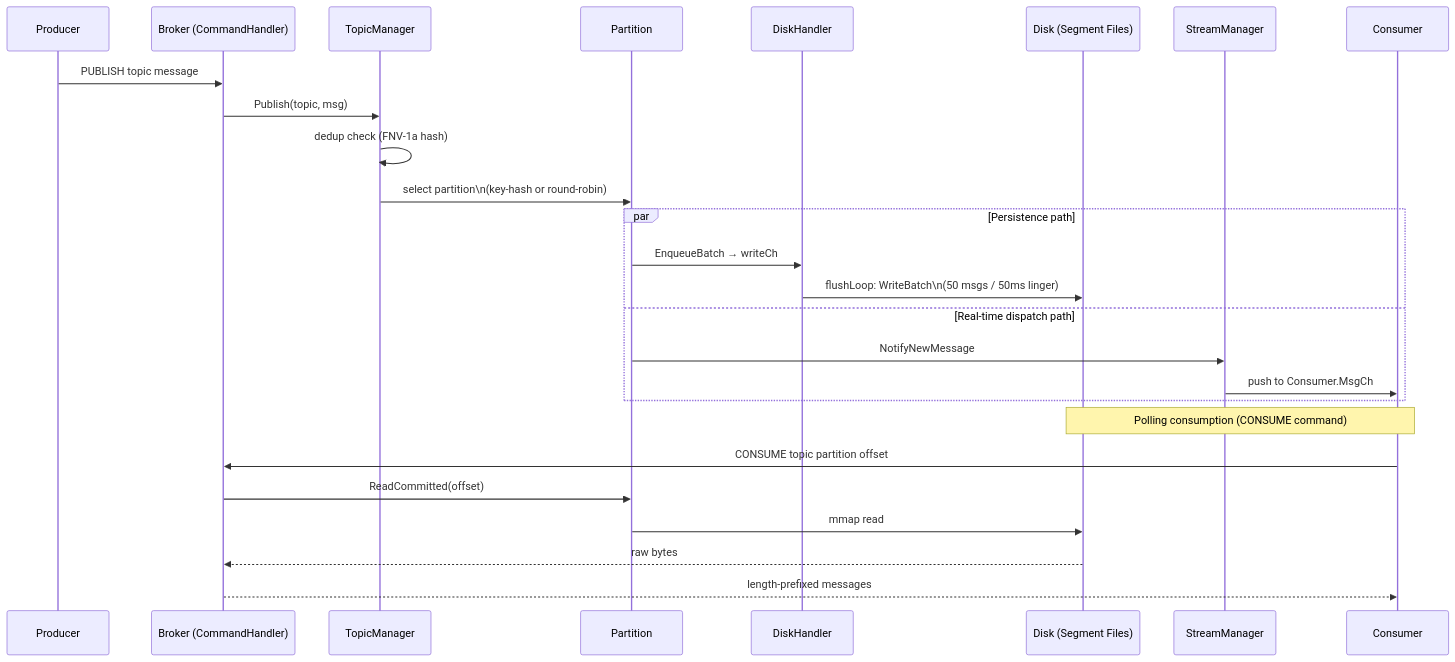
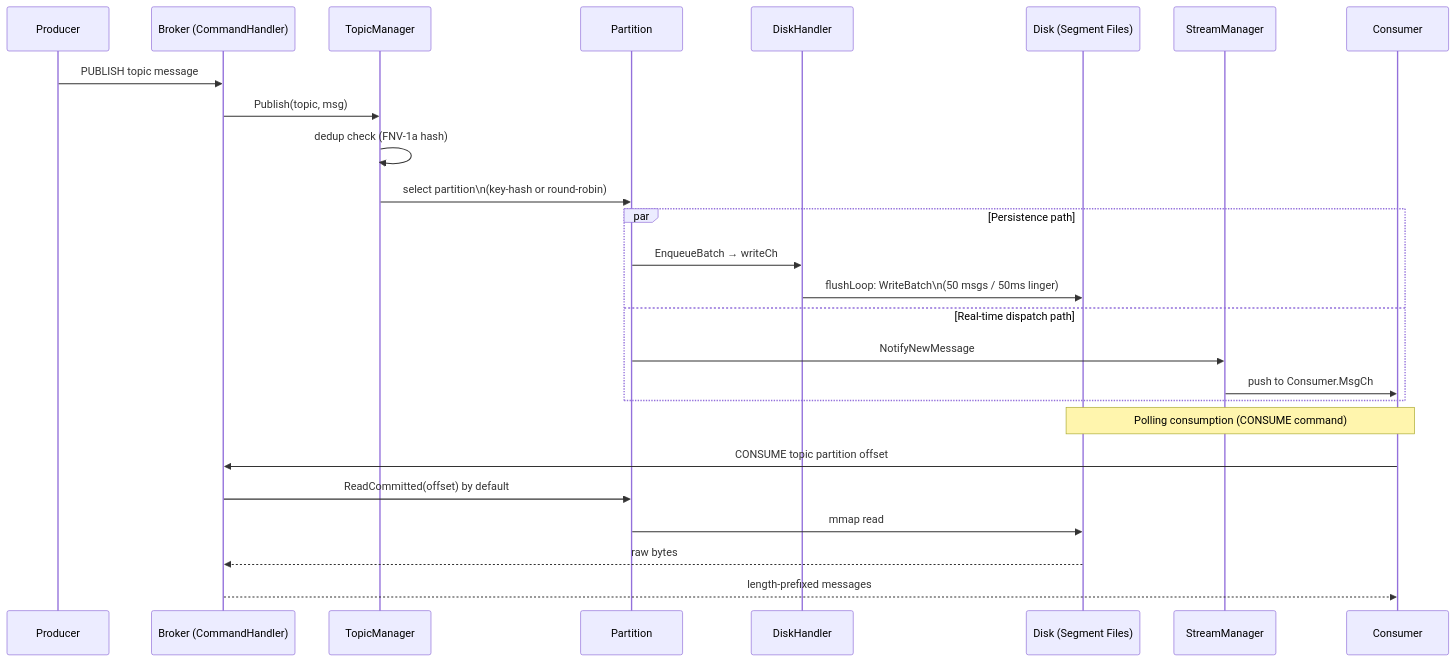
Before and after one commit to cursus-io/cursus: the first of 2 diagrams in docs/core/message-flow.md, drawn with Mermaid. The commit also changed other lines of this file and 5 other files, not shown here.

````diff
--- a/docs/core/message-flow.md
+++ b/docs/core/message-flow.md
@@ -7,31 +7,31 @@
 ```mermaid
 sequenceDiagram
     participant PROD as Producer
     participant BROKER as Broker (CommandHandler)
     participant TM as TopicManager
     participant PART as Partition
     participant DH as DiskHandler
     participant DISK as Disk (Segment Files)
     participant SM as StreamManager
     participant CONS as Consumer
 
     PROD->>BROKER: PUBLISH topic message
     BROKER->>TM: Publish(topic, msg)
     TM->>TM: dedup check (FNV-1a hash)
     TM->>PART: select partition\n(key-hash or round-robin)
 
     par Persistence path
         PART->>DH: EnqueueBatch → writeCh
         DH->>DISK: flushLoop: WriteBatch\n(50 msgs / 50ms linger)
     and Real-time dispatch path
         PART->>SM: NotifyNewMessage
         SM->>CONS: push to Consumer.MsgCh
     end
 
     Note over CONS,DISK: Polling consumption (CONSUME command)
     CONS->>BROKER: CONSUME topic partition offset
-    BROKER->>PART: ReadCommitted(offset)
+    BROKER->>PART: ReadCommitted(offset) by default
     PART->>DISK: mmap read
     DISK-->>BROKER: raw bytes
     BROKER-->>CONS: length-prefixed messages
 ```
````
